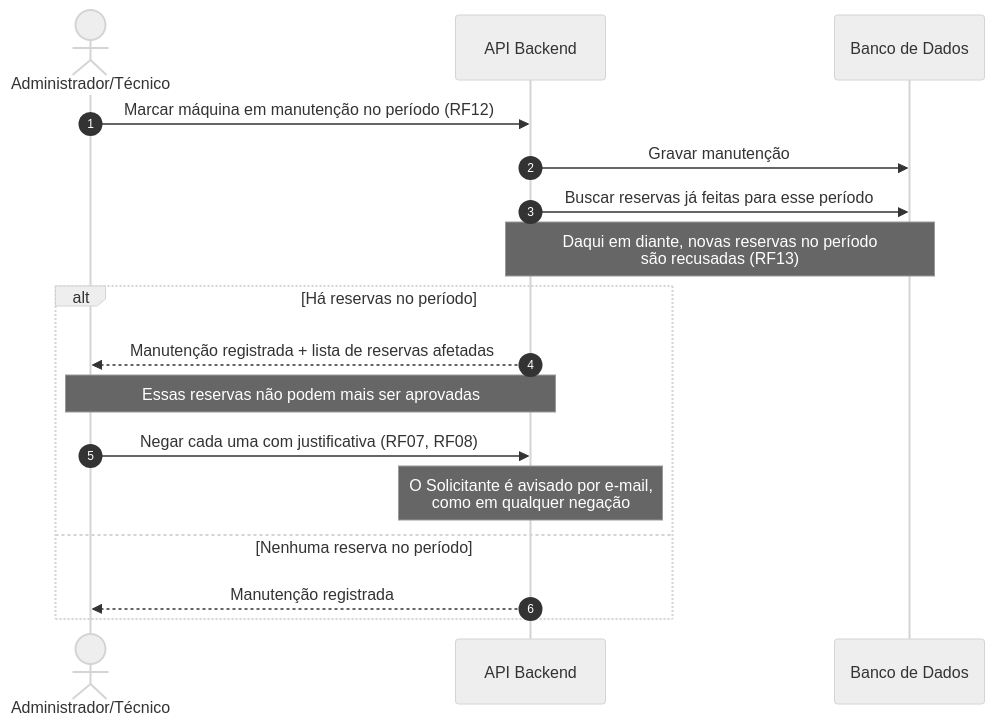
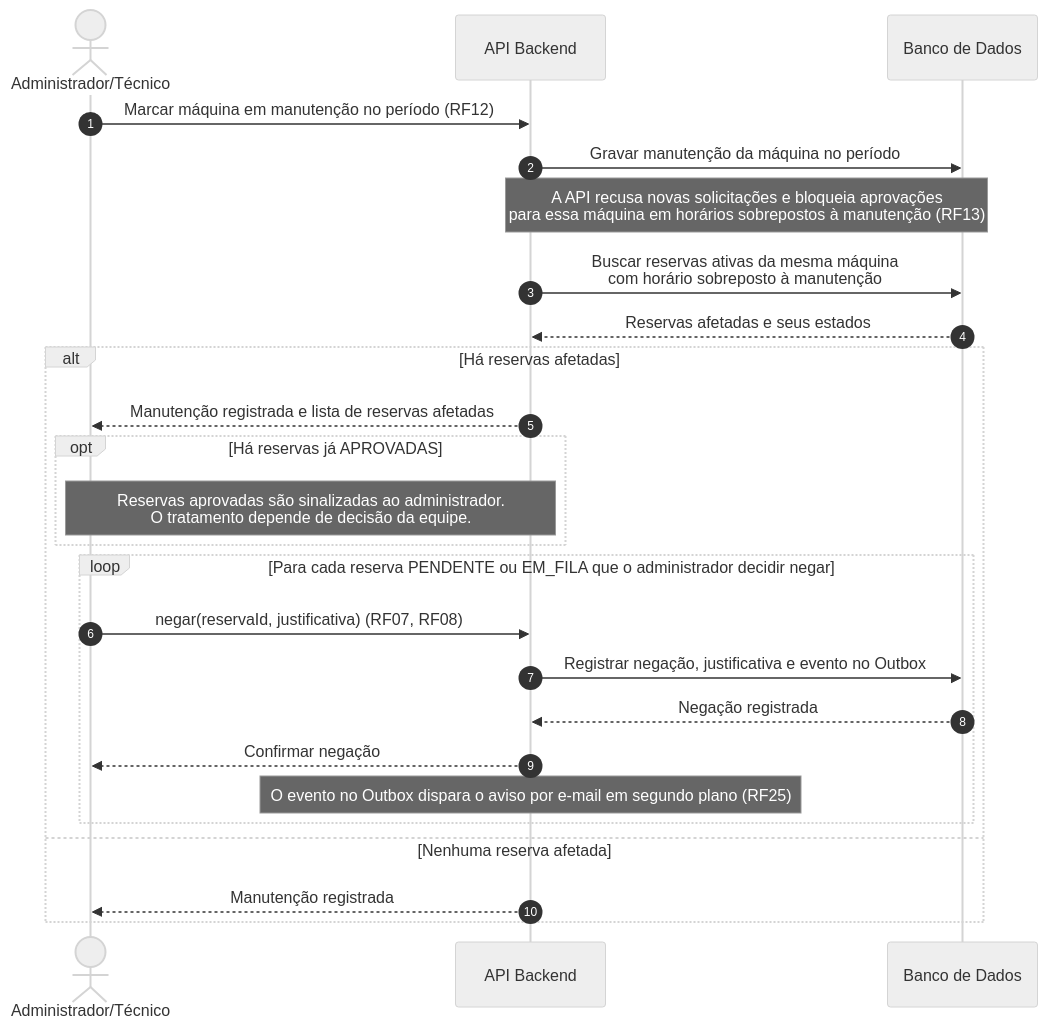
The diagram in docs/architecture/sequencia-manutencao.mmd (MateusM312/model-storming-fablab), drawn with Mermaid (neutral theme) before and after one commit. The commit also changed 1 other file, not shown here.

Commit message:
fix(arquitetura): alinha sequencias de manutencao e reserva

```diff
--- a/docs/architecture/sequencia-manutencao.mmd
+++ b/docs/architecture/sequencia-manutencao.mmd
@@ -1,19 +1,28 @@
 sequenceDiagram
     autonumber
     actor Adm as Administrador/Técnico
     participant API as API Backend
     participant DB as Banco de Dados
 
     Adm->>API: Marcar máquina em manutenção no período (RF12)
-    API->>DB: Gravar manutenção
-    API->>DB: Buscar reservas já feitas para esse período
-    Note over API,DB: Daqui em diante, novas reservas no período<br/>são recusadas (RF13)
+    API->>DB: Gravar manutenção da máquina no período
+    Note over API,DB: A API recusa novas solicitações e bloqueia aprovações<br/>para essa máquina em horários sobrepostos à manutenção (RF13)
 
-    alt Há reservas no período
-        API-->>Adm: Manutenção registrada + lista de reservas afetadas
-        Note over Adm,API: Essas reservas não podem mais ser aprovadas
-        Adm->>API: Negar cada uma com justificativa (RF07, RF08)
-        Note over API: O Solicitante é avisado por e-mail,<br/>como em qualquer negação
-    else Nenhuma reserva no período
+    API->>DB: Buscar reservas ativas da mesma máquina<br/>com horário sobreposto à manutenção
+    DB-->>API: Reservas afetadas e seus estados
+
+    alt Há reservas afetadas
+        API-->>Adm: Manutenção registrada e lista de reservas afetadas
+        opt Há reservas já APROVADAS
+            Note over Adm,API: Reservas aprovadas são sinalizadas ao administrador.<br/>O tratamento depende de decisão da equipe.
+        end
+        loop Para cada reserva PENDENTE ou EM_FILA que o administrador decidir negar
+            Adm->>API: negar(reservaId, justificativa) (RF07, RF08)
+            API->>DB: Registrar negação, justificativa e evento no Outbox
+            DB-->>API: Negação registrada
+            API-->>Adm: Confirmar negação
+            Note over API: O evento no Outbox dispara o aviso por e-mail em segundo plano (RF25)
+        end
+    else Nenhuma reserva afetada
         API-->>Adm: Manutenção registrada
     end
```
